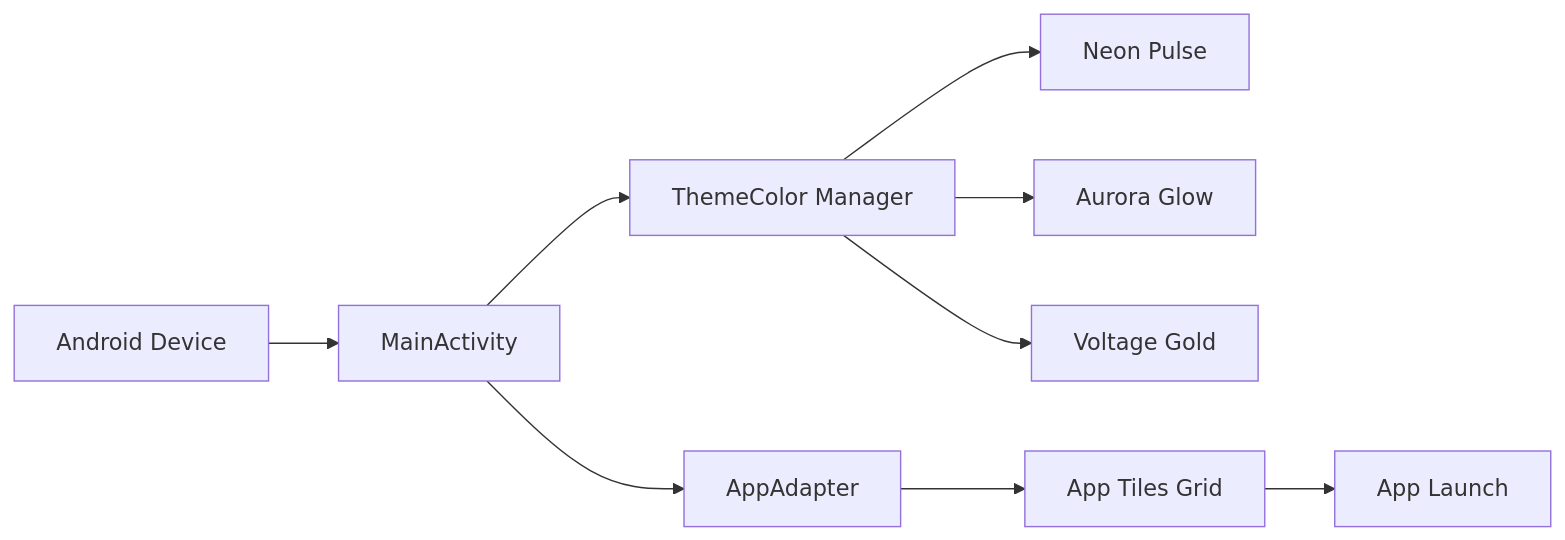
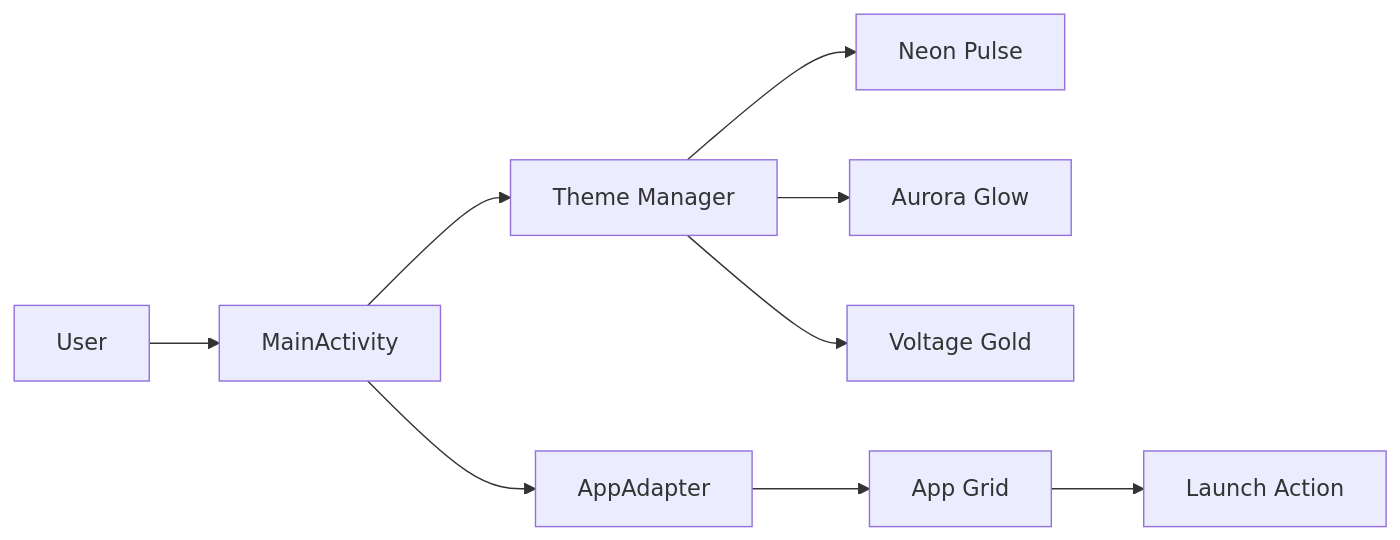
The diagram in ANDROID_BUILD.md (kelvinngene847-hub/virusi-mbaya-launcher), drawn with Mermaid before and after one commit. The commit also changed other lines of this file and 9 other files, not shown here.

Commit message:
Finalize the Android launcher project with real app code, resources, and build setup for APK generation

````diff
--- a/ANDROID_BUILD.md
+++ b/ANDROID_BUILD.md
@@ -54,11 +23,11 @@
 ```mermaid
 flowchart LR
-    A[Android Device] --> B[MainActivity]
-    B --> C[ThemeColor Manager]
+    A[User] --> B[MainActivity]
+    B --> C[Theme Manager]
     B --> D[AppAdapter]
     C --> E[Neon Pulse]
     C --> F[Aurora Glow]
     C --> G[Voltage Gold]
-    D --> H[App Tiles Grid]
-    H --> I[App Launch]
+    D --> H[App Grid]
+    H --> I[Launch Action]
 ```
````
